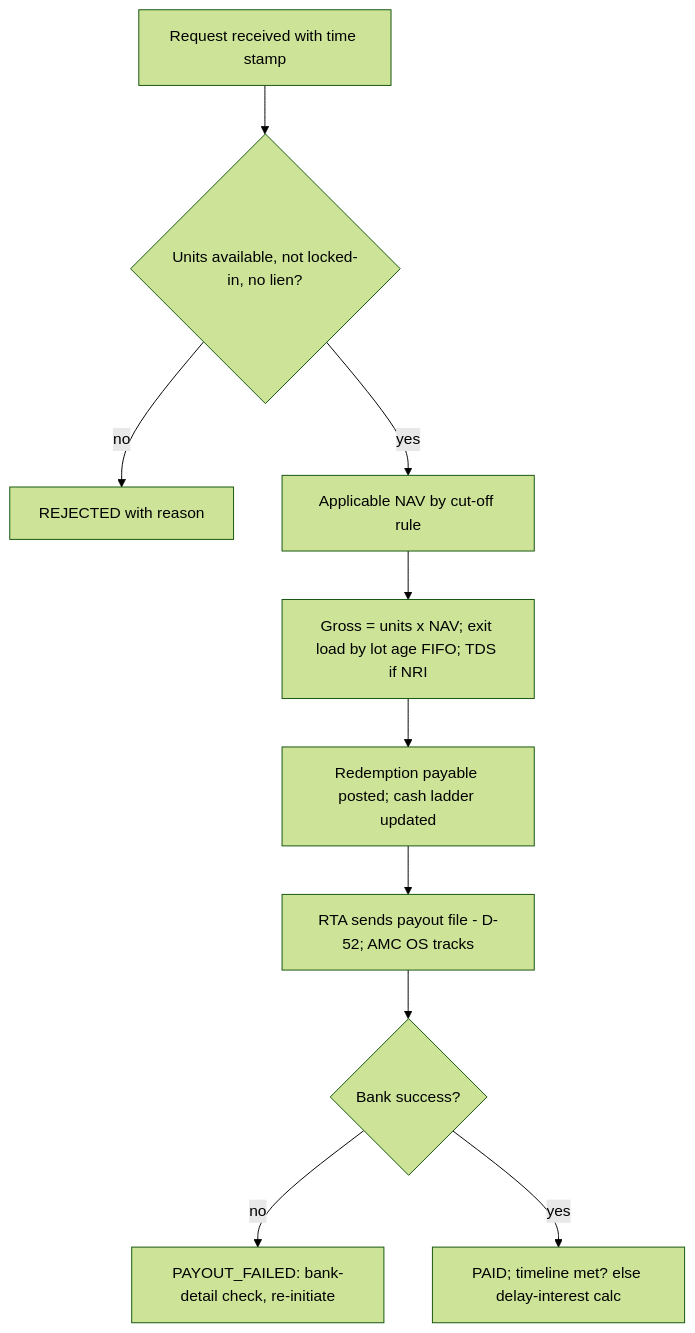
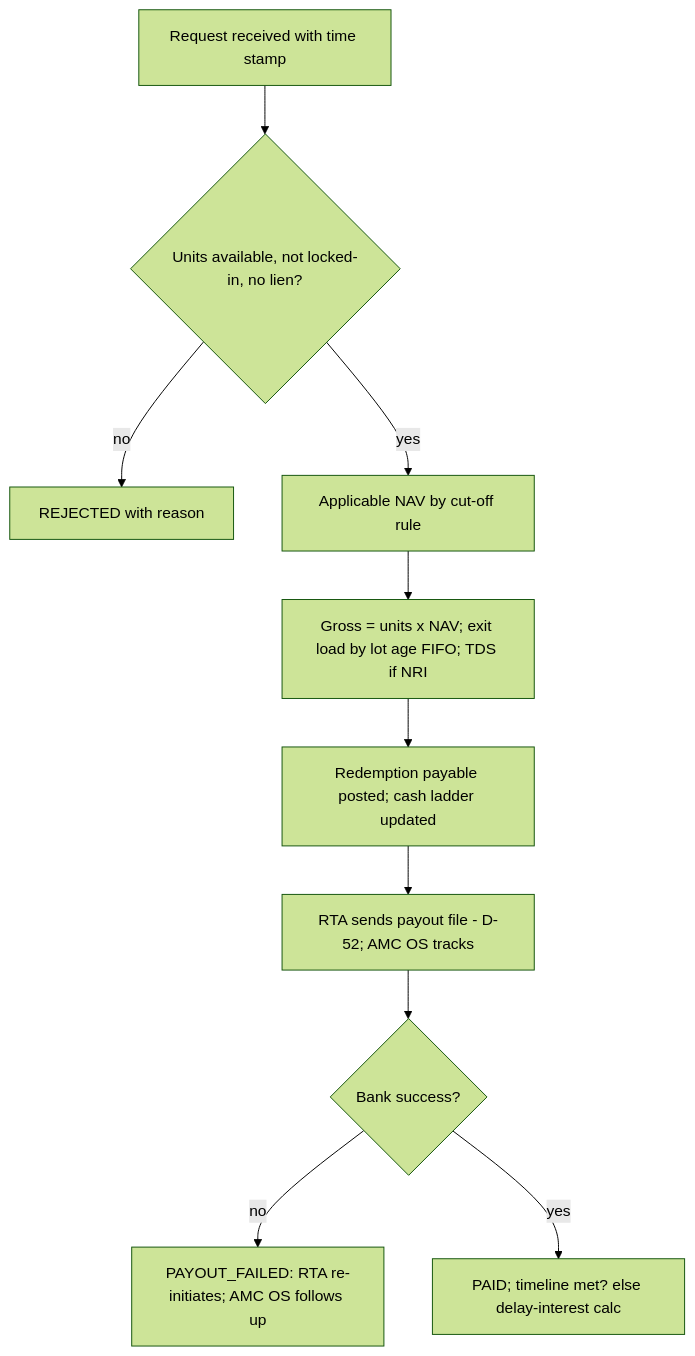
One commit to suchitdubey7/AMC-OS changed diagram 12 of 29 in docs/02_business_architecture/BA-004_end_to_end_workflows.md. Above: the diagram before and after it, drawn with Mermaid (forest theme). The commit also changed other lines of this file and 3 other files, not shown here.

````diff
--- a/docs/02_business_architecture/BA-004_end_to_end_workflows.md
+++ b/docs/02_business_architecture/BA-004_end_to_end_workflows.md
@@ -489,12 +489,12 @@
 ```mermaid
 flowchart TD
   A[Request received with time stamp] --> B{Units available, not locked-in, no lien?}
   B -- no --> C[REJECTED with reason]
   B -- yes --> D[Applicable NAV by cut-off rule]
   D --> E[Gross = units x NAV; exit load by lot age FIFO; TDS if NRI]
   E --> F[Redemption payable posted; cash ladder updated]
   F --> G[RTA sends payout file - D-52; AMC OS tracks]
   G --> H{Bank success?}
-  H -- no --> I[PAYOUT_FAILED: bank-detail check, re-initiate]
+  H -- no --> I[PAYOUT_FAILED: RTA re-initiates; AMC OS follows up]
   H -- yes --> J[PAID; timeline met? else delay-interest calc]
 ```
````
